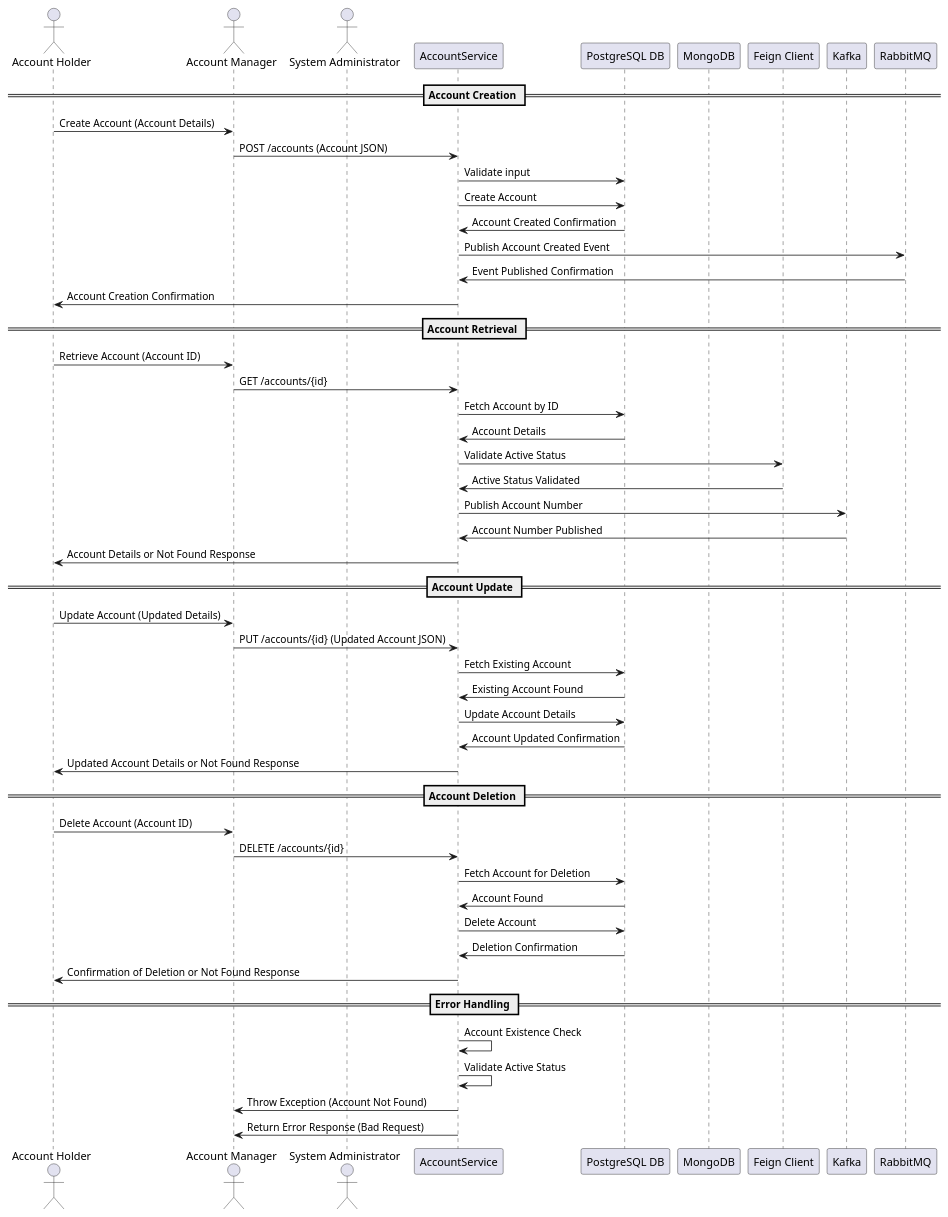
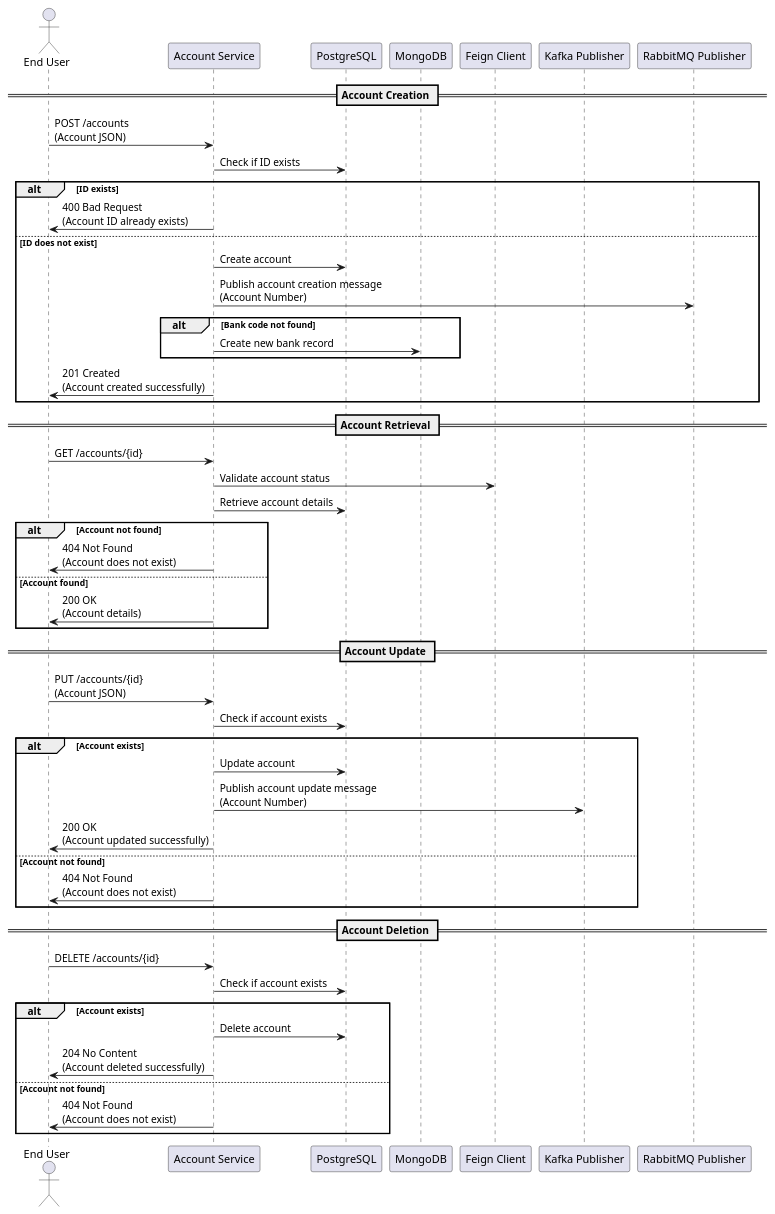
One commit to Bhaskar-Pavan/AccountService changed the diagram in design_document/Account_service.md. Above: the diagram before and after it, drawn with PlantUML. The commit also changed other lines of this file, not shown here.

````diff
--- a/design_document/Account_service.md
+++ b/design_document/Account_service.md
@@ -38,59 +45,57 @@
 ```plantuml
 @startuml
-actor "Account Holder" as AH
-actor "Account Manager" as AM
-actor "System Administrator" as SA
-participant "AccountService" as AS
-participant "PostgreSQL DB" as PG
-participant "MongoDB" as MG
-participant "Feign Client" as FC
-participant "Kafka" as K
-participant "RabbitMQ" as RQ
+actor "End User" as User
+participant "Account Service" as Service
+participant "PostgreSQL" as Postgres
+participant "MongoDB" as MongoDB
+participant "Feign Client" as ExternalService
+participant "Kafka Publisher" as Kafka
+participant "RabbitMQ Publisher" as RabbitMQ
 
 == Account Creation ==
-AH -> AM : Create Account (Account Details)
-AM -> AS : POST /accounts (Account JSON)
-AS -> PG : Validate input
-AS -> PG : Create Account
-PG -> AS : Account Created Confirmation
-AS -> RQ : Publish Account Created Event
-RQ -> AS : Event Published Confirmation
-AS -> AH : Account Creation Confirmation
+User -> Service : POST /accounts\n(Account JSON)
+Service -> Postgres : Check if ID exists
+alt ID exists
+    Service -> User : 400 Bad Request\n(Account ID already exists)
+else ID does not exist
+    Service -> Postgres : Create account
+    Service -> RabbitMQ : Publish account creation message\n(Account Number)
+    alt Bank code not found
+        Service -> MongoDB : Create new bank record
+    end
+    Service -> User : 201 Created\n(Account created successfully)
+end
 
 == Account Retrieval ==
-AH -> AM : Retrieve Account (Account ID)
-AM -> AS : GET /accounts/{id}
-AS -> PG : Fetch Account by ID
-PG -> AS : Account Details
-AS -> FC : Validate Active Status
-FC -> AS : Active Status Validated
-AS -> K : Publish Account Number
-K -> AS : Account Number Published
-AS -> AH : Account Details or Not Found Response
+User -> Service : GET /accounts/{id}
+Service -> ExternalService : Validate account status
+Service -> Postgres : Retrieve account details
+alt Account not found
+    Service -> User : 404 Not Found\n(Account does not exist)
+else Account found
+    Service -> User : 200 OK\n(Account details)
+end
 
 == Account Update ==
-AH -> AM : Update Account (Updated Details)
-AM -> AS : PUT /accounts/{id} (Updated Account JSON)
-AS -> PG : Fetch Existing Account
-PG -> AS : Existing Account Found
-AS -> PG : Update Account Details
-PG -> AS : Account Updated Confirmation
-AS -> AH : Updated Account Details or Not Found Response
+User -> Service : PUT /accounts/{id}\n(Account JSON)
+Service -> Postgres : Check if account exists
+alt Account exists
+    Service -> Postgres : Update account
+    Service -> Kafka : Publish account update message\n(Account Number)
+    Service -> User : 200 OK\n(Account updated successfully)
+else Account not found
+    Service -> User : 404 Not Found\n(Account does not exist)
+end
 
 == Account Deletion ==
-AH -> AM : Delete Account (Account ID)
-AM -> AS : DELETE /accounts/{id}
-AS -> PG : Fetch Account for Deletion
-PG -> AS : Account Found
-AS -> PG : Delete Account
-PG -> AS : Deletion Confirmation
-AS -> AH : Confirmation of Deletion or Not Found Response
-
-== Error Handling ==
-AS -> AS : Account Existence Check
-AS -> AS : Validate Active Status
-AS -> AM : Throw Exception (Account Not Found)
-AS -> AM : Return Error Response (Bad Request)
+User -> Service : DELETE /accounts/{id}
+Service -> Postgres : Check if account exists
+alt Account exists
+    Service -> Postgres : Delete account
+    Service -> User : 204 No Content\n(Account deleted successfully)
+else Account not found
+    Service -> User : 404 Not Found\n(Account does not exist)
+end
 
 @enduml
 ```
````
